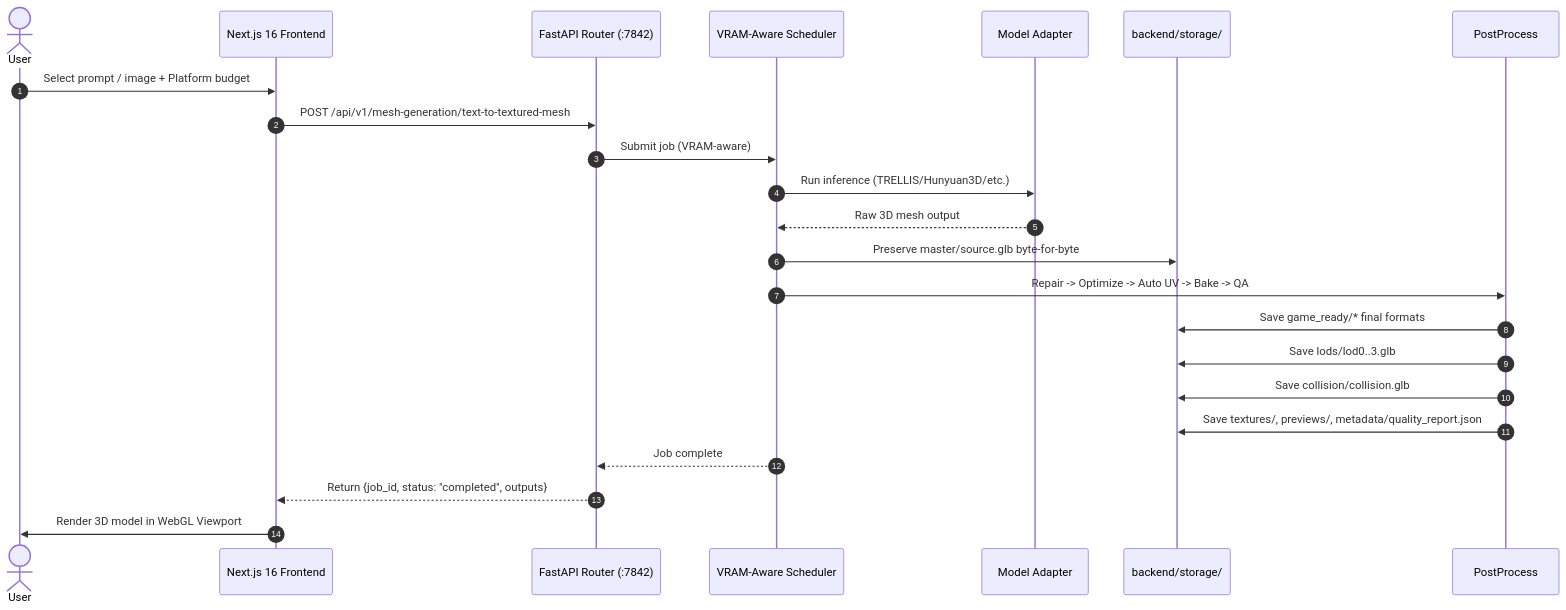
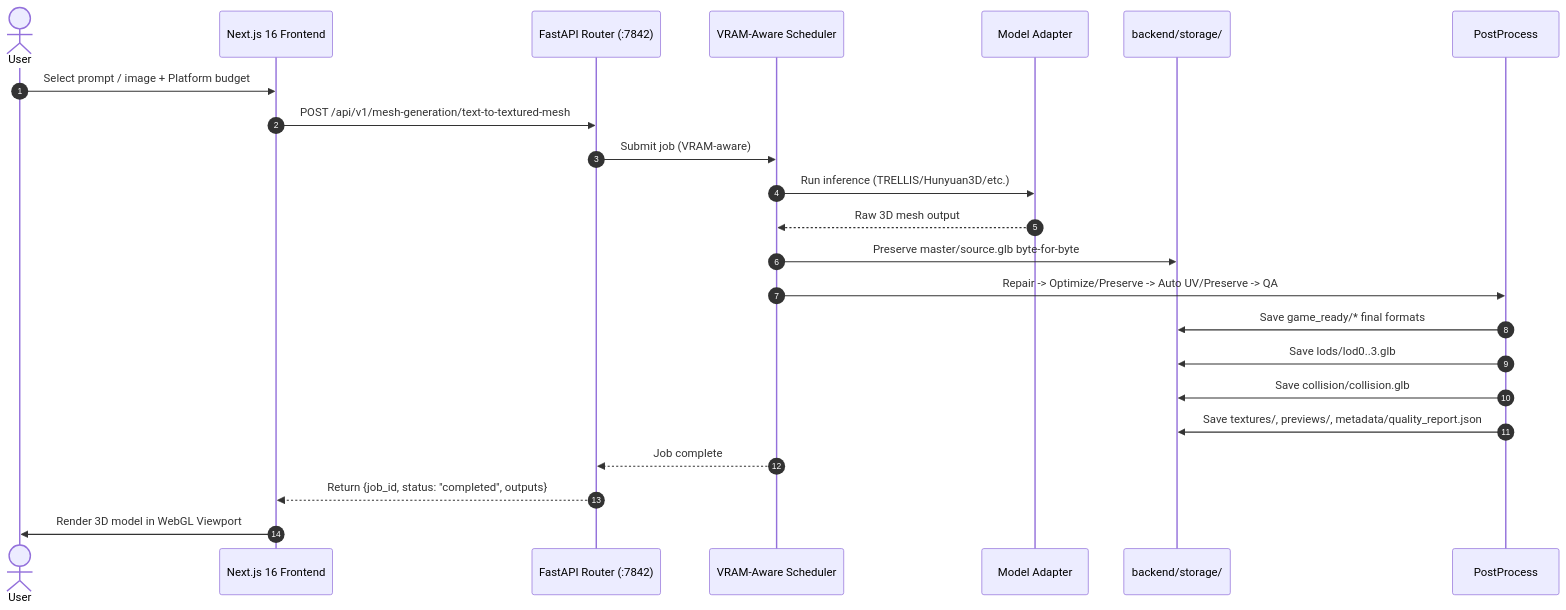
The second of 4 diagrams in Docs/ARCHITECTURE.md (Silentzx2/ForMash3D), drawn with Mermaid before and after one commit. The commit also changed other lines of this file and 7 other files, not shown here.

````diff
--- a/Docs/ARCHITECTURE.md
+++ b/Docs/ARCHITECTURE.md
@@ -148,25 +148,25 @@
 ```mermaid
 sequenceDiagram
     autonumber
     actor User
     participant Frontend as Next.js 16 Frontend
     participant API as FastAPI Router (:7842)
     participant SCHED as VRAM-Aware Scheduler
     participant Adapter as Model Adapter
     participant Storage as backend/storage/
 
     User->>Frontend: Select prompt / image + Platform budget
     Frontend->>API: POST /api/v1/mesh-generation/text-to-textured-mesh
     API->>SCHED: Submit job (VRAM-aware)
     SCHED->>Adapter: Run inference (TRELLIS/Hunyuan3D/etc.)
     Adapter-->>SCHED: Raw 3D mesh output
     SCHED->>Storage: Preserve master/source.glb byte-for-byte
-    SCHED->>PostProcess: Repair -> Optimize -> Auto UV -> Bake -> QA
+    SCHED->>PostProcess: Repair -> Optimize/Preserve -> Auto UV/Preserve -> QA
     PostProcess->>Storage: Save game_ready/* final formats
     PostProcess->>Storage: Save lods/lod0..3.glb
     PostProcess->>Storage: Save collision/collision.glb
     PostProcess->>Storage: Save textures/, previews/, metadata/quality_report.json
     SCHED-->>API: Job complete
     API-->>Frontend: Return {job_id, status: "completed", outputs}
     Frontend->>User: Render 3D model in WebGL Viewport
 ```
````
